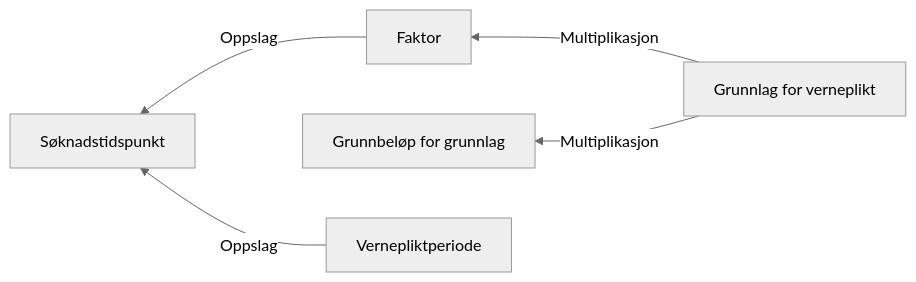
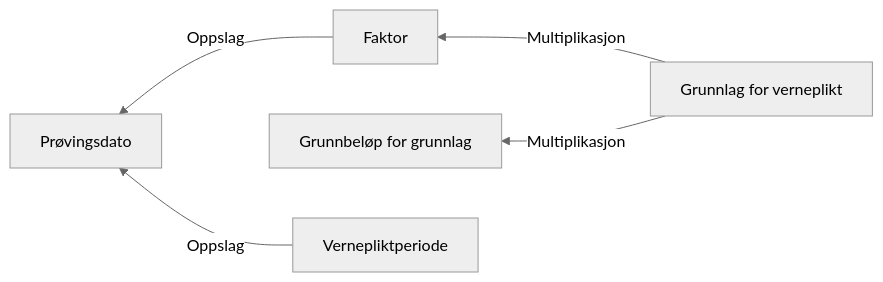
Before and after one commit to navikt/dp-vedtak: the diagram in docs/regler/§ 4-19 Verneplikt (fastsetting).approved.md, drawn with Mermaid (neutral theme). The commit also changed 41 other files, not shown here.

Commit message:
Bytt ut søknadstidspunkt med prøvingsdato i reglene

````diff
--- a/docs/regler/§ 4-19 Verneplikt (fastsetting).approved.md
+++ b/docs/regler/§ 4-19 Verneplikt (fastsetting).approved.md
@@ -5,7 +5,7 @@
 ```mermaid
 graph RL
-  A["Faktor"] -->|"Oppslag"| B["Søknadstidspunkt"]
+  A["Faktor"] -->|"Oppslag"| B["Prøvingsdato"]
   C["Grunnlag for verneplikt"] -->|"Multiplikasjon"| D["Grunnbeløp for grunnlag"]
   C["Grunnlag for verneplikt"] -->|"Multiplikasjon"| A["Faktor"]
-  E["Vernepliktperiode"] -->|"Oppslag"| B["Søknadstidspunkt"]
+  E["Vernepliktperiode"] -->|"Oppslag"| B["Prøvingsdato"]
 ```
````
